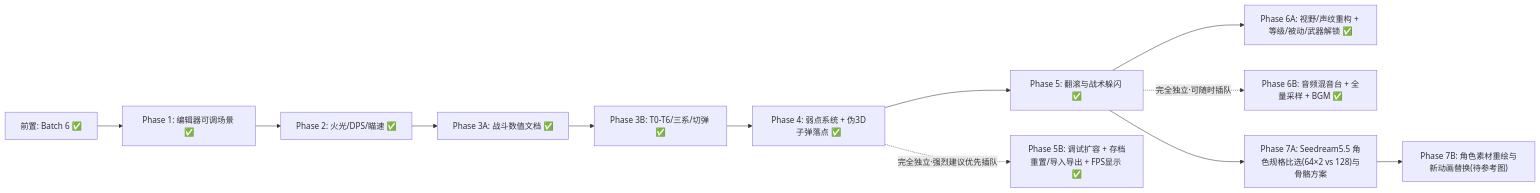
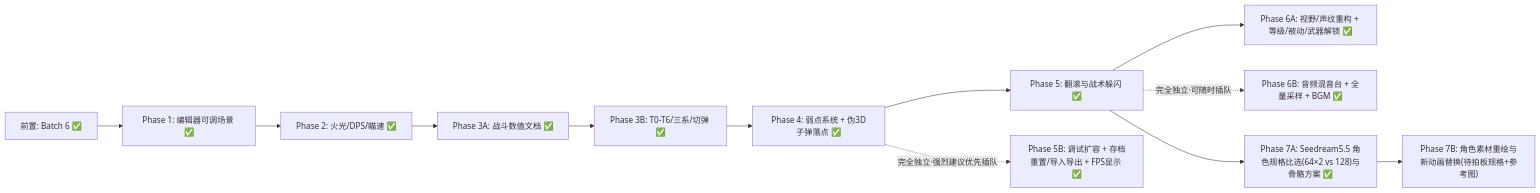
The diagram in docs/roadmap_v2.md (FiumeCAt/-Operation-Thistle), drawn with Mermaid before and after one commit. The commit also changed other lines of this file and 78 other files, not shown here.

````diff
--- a/docs/roadmap_v2.md
+++ b/docs/roadmap_v2.md
@@ -11,14 +11,14 @@
 ```mermaid
 flowchart LR
     B6["前置: Batch 6 ✅"] --> P1["Phase 1: 编辑器可调场景 ✅"]
     P1 --> P2["Phase 2: 火光/DPS/瞄速 ✅"]
     P2 --> P3A["Phase 3A: 战斗数值文档 ✅"]
     P3A --> P3B["Phase 3B: T0-T6/三系/切弹 ✅"]
     P3B --> P4["Phase 4: 弱点系统 + 伪3D子弹落点 ✅"]
     P4 --> P5["Phase 5: 翻滚与战术躲闪 ✅"]
     P5 --> P6A["Phase 6A: 视野/声纹重构 + 等级/被动/武器解锁 ✅"]
     P4 -.->|"完全独立·强烈建议优先插队"| P5B["Phase 5B: 调试扩容 + 存档重置/导入导出 + FPS显示 ✅"]
     P5 -.->|"完全独立·可随时插队"| P6B["Phase 6B: 音频混音台 + 全量采样 + BGM ✅"]
-    P5 --> P7A["Phase 7A: Seedream5.5 角色规格比选(64×2 vs 128)与骨骼方案"]
-    P7A --> P7B["Phase 7B: 角色素材重绘与新动画替换(待参考图)"]
+    P5 --> P7A["Phase 7A: Seedream5.5 角色规格比选(64×2 vs 128)与骨骼方案 ✅"]
+    P7A --> P7B["Phase 7B: 角色素材重绘与新动画替换(待拍板规格+参考图)"]
 ```
````
